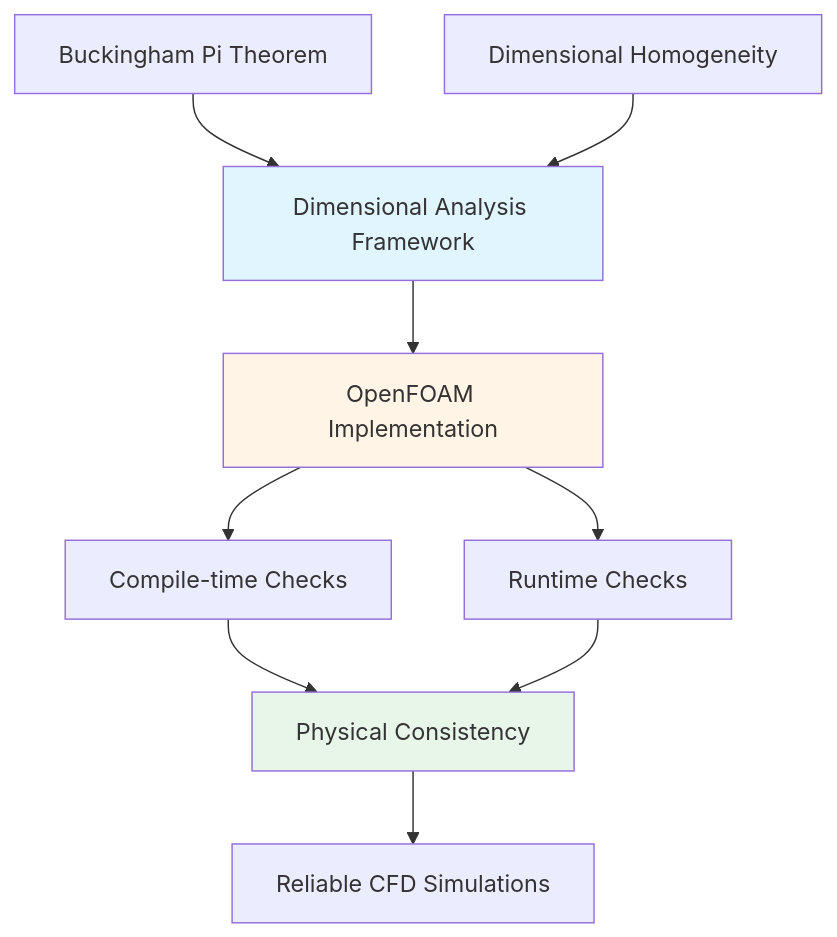
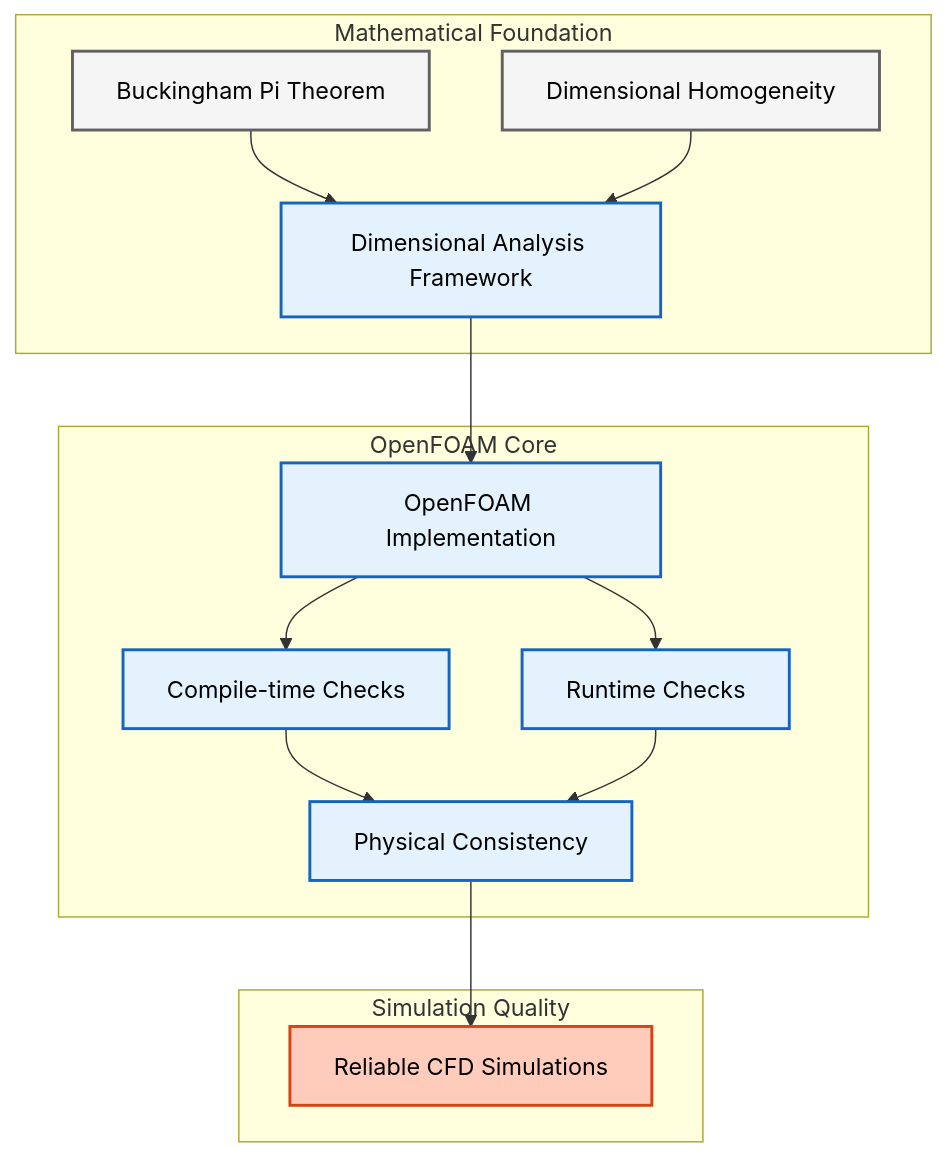
One commit to wramet/build-my-cfd changed the fourth of 5 diagrams in MODULE_05_OPENFOAM_PROGRAMMING/CONTENT/02_DIMENSIONED_TYPES/06_Engineering_Benefits.md. Above: the diagram before and after it, drawn with Mermaid. The commit also changed other lines of this file and 313 other files, not shown here.

Commit message:
Revise all diagram

````diff
--- a/MODULE_05_OPENFOAM_PROGRAMMING/CONTENT/02_DIMENSIONED_TYPES/06_Engineering_Benefits.md
+++ b/MODULE_05_OPENFOAM_PROGRAMMING/CONTENT/02_DIMENSIONED_TYPES/06_Engineering_Benefits.md
@@ -603,18 +634,33 @@
 ```mermaid
 flowchart TD
-    A[Buckingham Pi Theorem] --> B[Dimensional Analysis Framework]
-    C[Dimensional Homogeneity] --> B
+%% Classes
+classDef explicit fill:#ffccbc,stroke:#d84315,stroke-width:2px,color:#000
+classDef implicit fill:#e3f2fd,stroke:#1565c0,stroke-width:2px,color:#000
+classDef context fill:#f5f5f5,stroke:#616161,stroke-width:2px,color:#000
 
-    B --> D[OpenFOAM Implementation]
-    D --> E[Compile-time Checks]
-    D --> F[Runtime Checks]
+subgraph Theory["Mathematical Foundation"]
+    A[Buckingham Pi Theorem]:::context
+    C[Dimensional Homogeneity]:::context
+    B[Dimensional Analysis Framework]:::implicit
+end
 
-    E --> G[Physical Consistency]
-    F --> G
+subgraph Implementation["OpenFOAM Core"]
+    D[OpenFOAM Implementation]:::implicit
+    E[Compile-time Checks]:::implicit
+    F[Runtime Checks]:::implicit
+    G[Physical Consistency]:::implicit
+end
 
-    G --> H[Reliable CFD Simulations]
+subgraph Outcome["Simulation Quality"]
+    H[Reliable CFD Simulations]:::explicit
+end
 
-    style B fill:#e1f5ff
-    style D fill:#fff4e6
-    style G fill:#e8f5e9
+A --> B
+C --> B
+B --> D
+D --> E
+D --> F
+E --> G
+F --> G
+G --> H
 ```
````
